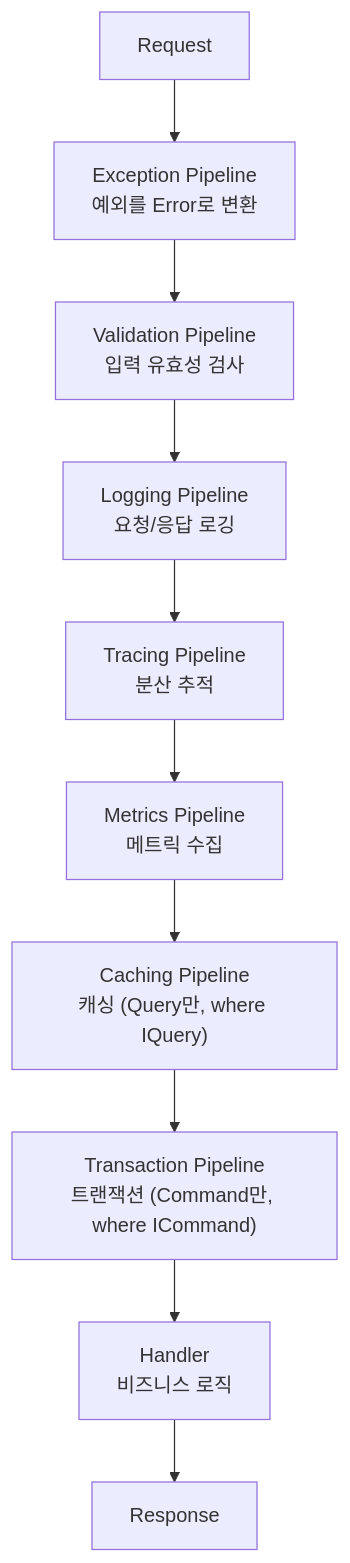
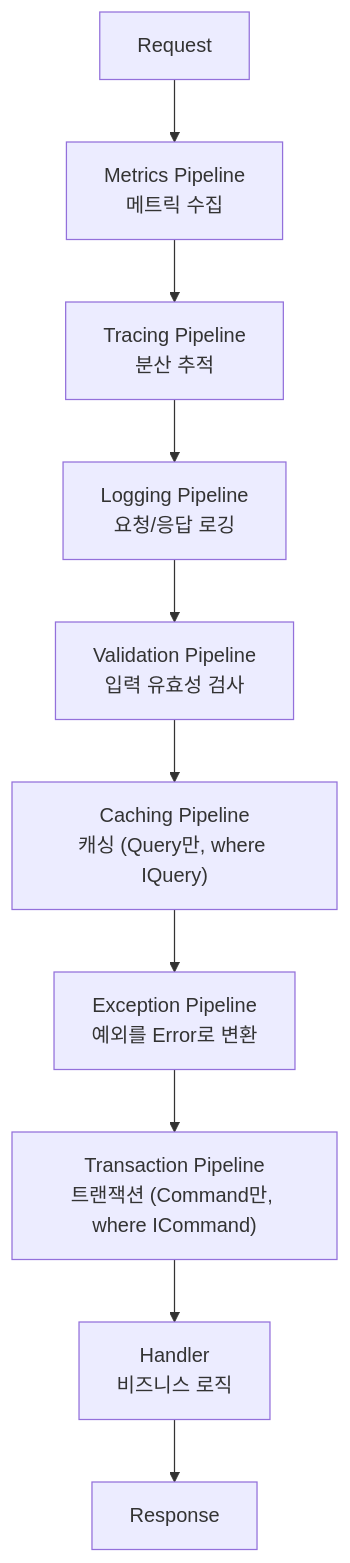
The diagram in Docs.Site/src/content/docs/tutorials/usecase-pipeline/Part0-Introduction/03-usecase-pipeline-overview.md (hhko/Functorium), drawn with Mermaid before and after one commit. The commit also changed other lines of this file and 13 other files, not shown here.

````diff
--- a/Docs.Site/src/content/docs/tutorials/usecase-pipeline/Part0-Introduction/03-usecase-pipeline-overview.md
+++ b/Docs.Site/src/content/docs/tutorials/usecase-pipeline/Part0-Introduction/03-usecase-pipeline-overview.md
@@ -11,12 +11,12 @@
 ```mermaid
 flowchart TB
-  Request --> Exception["Exception Pipeline<br/>예외를 Error로 변환"]
-  Exception --> Validation["Validation Pipeline<br/>입력 유효성 검사"]
-  Validation --> Logging["Logging Pipeline<br/>요청/응답 로깅"]
-  Logging --> Tracing["Tracing Pipeline<br/>분산 추적"]
-  Tracing --> Metrics["Metrics Pipeline<br/>메트릭 수집"]
-  Metrics --> Caching["Caching Pipeline<br/>캐싱 (Query만, where IQuery)"]
-  Caching --> Transaction["Transaction Pipeline<br/>트랜잭션 (Command만, where ICommand)"]
+  Request --> Metrics["Metrics Pipeline<br/>메트릭 수집"]
+  Metrics --> Tracing["Tracing Pipeline<br/>분산 추적"]
+  Tracing --> Logging["Logging Pipeline<br/>요청/응답 로깅"]
+  Logging --> Validation["Validation Pipeline<br/>입력 유효성 검사"]
+  Validation --> Caching["Caching Pipeline<br/>캐싱 (Query만, where IQuery)"]
+  Caching --> Exception["Exception Pipeline<br/>예외를 Error로 변환"]
+  Exception --> Transaction["Transaction Pipeline<br/>트랜잭션 (Command만, where ICommand)"]
   Transaction --> Handler["Handler<br/>비즈니스 로직"]
   Handler --> Response
 ```
````
